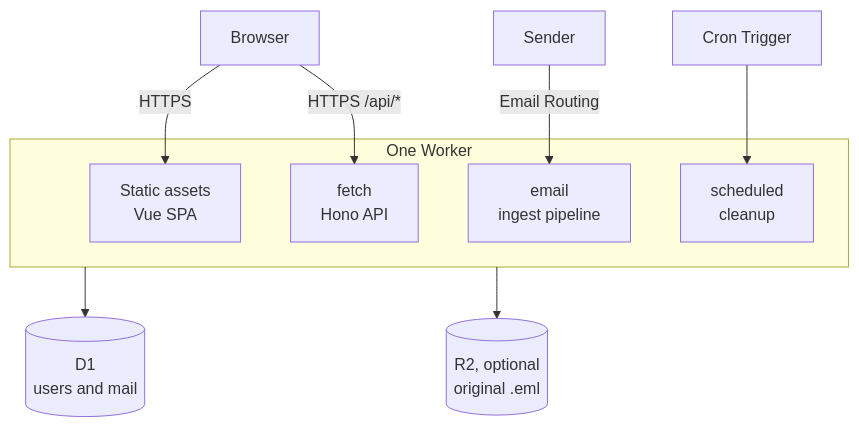
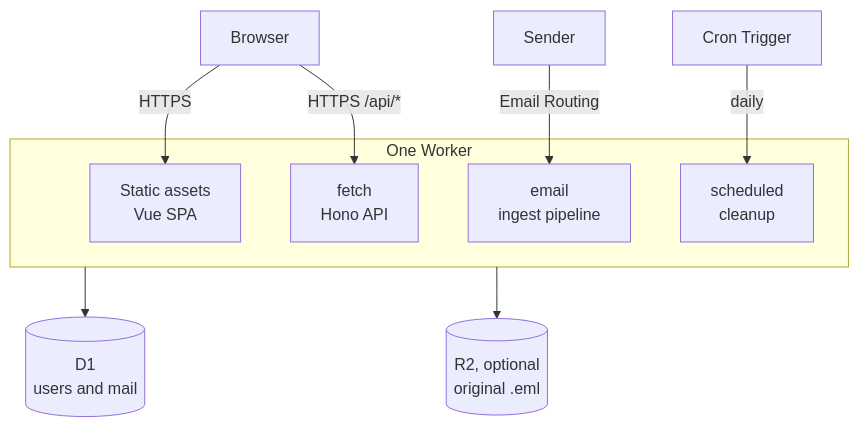
One commit to ZeyuZuo/postluma changed the diagram in README.en.md. Above: the diagram before and after it, drawn with Mermaid. The commit also changed 1 other file, not shown here.

Commit message:
docs(readme): label the cron edge so the entry points line up
GitHub leaves extra height for edges with labels, so the cron trigger, the only
entry point without one, sat lower than the other two. The cleanup cron runs
daily (17 3 * * * in wrangler.jsonc), which is also worth saying.

````diff
--- a/README.en.md
+++ b/README.en.md
@@ -79,18 +79,18 @@
 ```mermaid
 flowchart TB
     browser["Browser"]
     sender["Sender"]
     cron["Cron Trigger"]
     subgraph worker["One Worker"]
         assets["Static assets<br>Vue SPA"]
         api["fetch<br>Hono API"]
         email["email<br>ingest pipeline"]
         scheduled["scheduled<br>cleanup"]
     end
     browser -->|HTTPS| assets
     browser -->|"HTTPS /api/*"| api
     sender -->|"Email Routing"| email
-    cron --> scheduled
+    cron -->|daily| scheduled
     worker --> d1[("D1<br>users and mail")]
     worker --> r2[("R2, optional<br>original .eml")]
 ```
````
